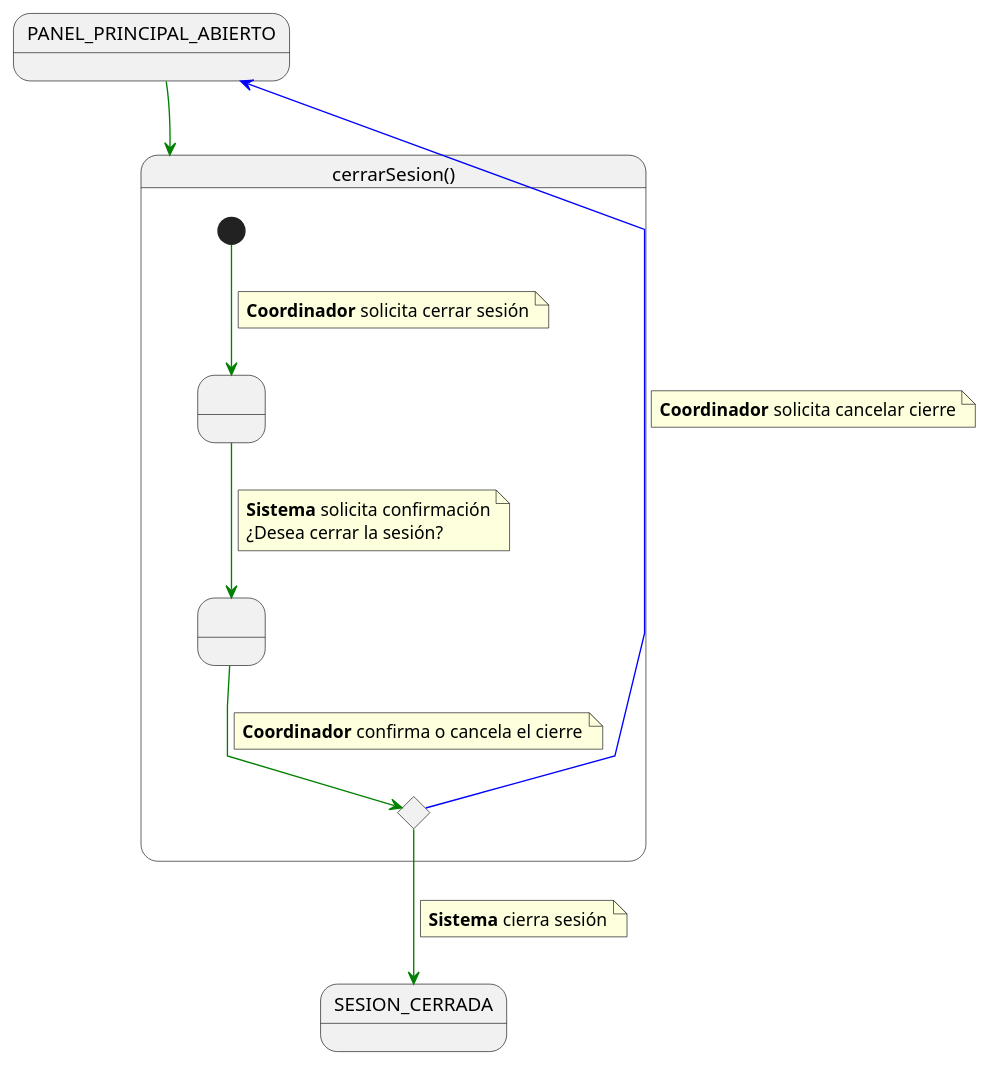
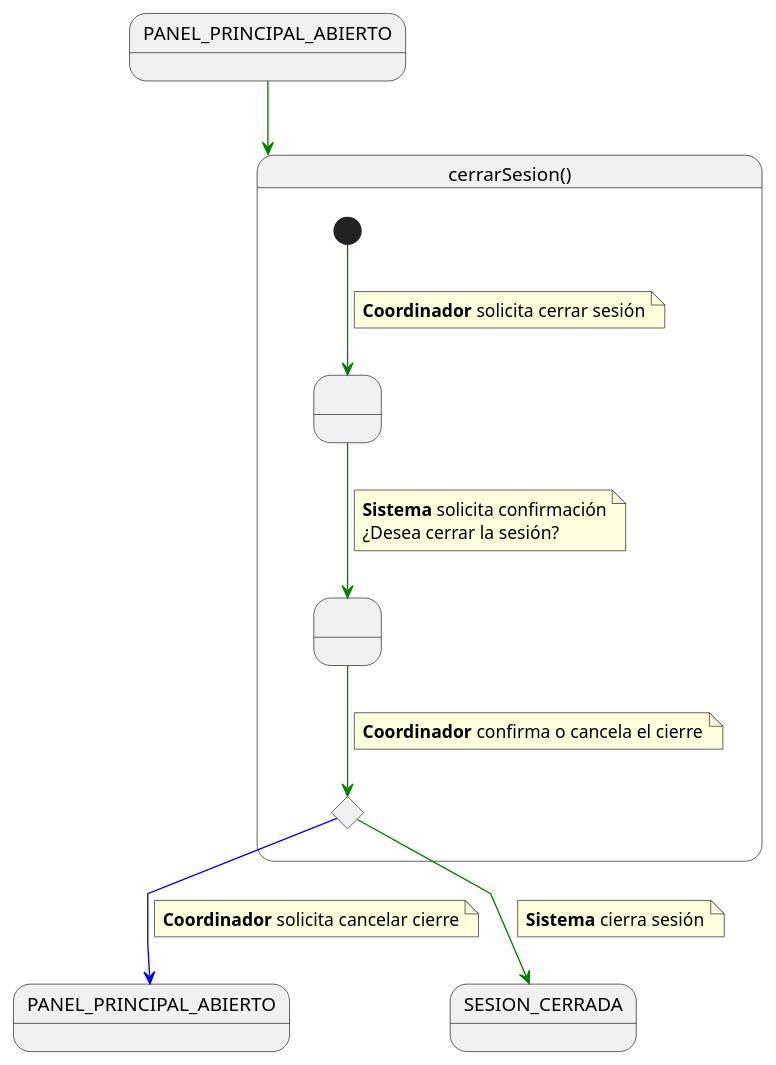
The diagram in documents/casosDeUso/detalle/coordinador/00-autenticacion/cerrarSesion/cerrarSesion.puml (31Diego/25-26-IdSw1-SdR), drawn with PlantUML before and after one commit.

Commit message:
separo estado PANEL_PRINCIPAL_ABIERTO de entrada y salida en cerrarSesion()

```diff
--- a/documents/casosDeUso/detalle/coordinador/00-autenticacion/cerrarSesion/cerrarSesion.puml
+++ b/documents/casosDeUso/detalle/coordinador/00-autenticacion/cerrarSesion/cerrarSesion.puml
@@ -1,43 +1,43 @@
 @startuml cerrarSesion
 
 skinparam linetype polyline
 
-PANEL_PRINCIPAL_ABIERTO -[hidden]-> cerrarSesion
-PANEL_PRINCIPAL_ABIERTO -[#green]-> cerrarSesion
+state in1 as "PANEL_PRINCIPAL_ABIERTO"
+in1 -[#green]-> cerrarSesion
 
 state cerrarSesion as "cerrarSesion()" {
 
     state " " as SolicitandoCierre
     state " " as ConfirmandoCierre
     state c <<choice>>
 
     [*] -[#green]-> SolicitandoCierre
     note on link
     <b>Coordinador</b> solicita cerrar sesión
     end note
 
     SolicitandoCierre -[#green]-> ConfirmandoCierre
     note on link
     <b>Sistema</b> solicita confirmación
     ¿Desea cerrar la sesión?
     end note
 
     ConfirmandoCierre -[#green]-> c
     note on link
     <b>Coordinador</b> confirma o cancela el cierre
     end note
 }
 
 c -[#blue]-> PANEL_PRINCIPAL_ABIERTO
 note on link
 <b>Coordinador</b> solicita cancelar cierre
 end note
 
 c -[#green]-> SESION_CERRADA
 note on link
 <b>Sistema</b> cierra sesión
 end note
 
 
 
 @enduml
```
